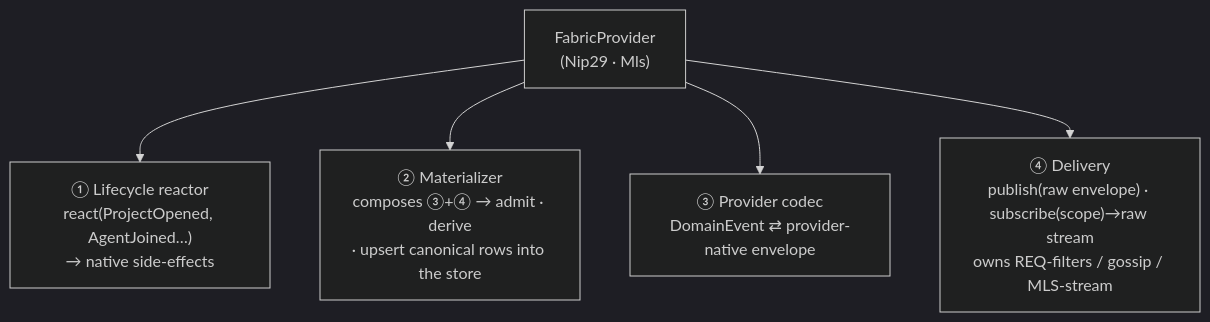
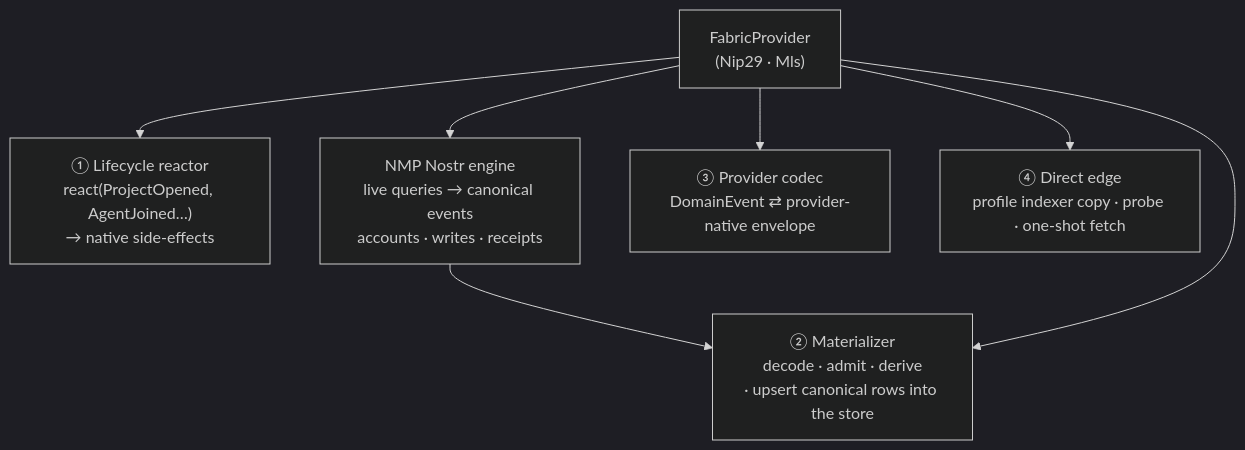
One commit to pablof7z/tenex-edge changed the fourth of 6 diagrams in docs/fabric-architecture.md. Above: the diagram before and after it, drawn with Mermaid (dark theme). The commit also changed other lines of this file and 388 other files, not shown here.

````diff
--- a/docs/fabric-architecture.md
+++ b/docs/fabric-architecture.md
@@ -277,8 +282,10 @@
 ```mermaid
 flowchart TD
     PROVIDER["FabricProvider<br/>(Nip29 · Mls)"]
     PROVIDER --> L["① Lifecycle reactor<br/>react(ProjectOpened, AgentJoined…)<br/>→ native side-effects"]
-    PROVIDER --> M["② Materializer<br/>composes ③+④ → admit · derive<br/>· upsert canonical rows into the store"]
+    NMP["NMP Nostr engine<br/>live queries → canonical events<br/>accounts · writes · receipts"] --> M
+    PROVIDER --> M["② Materializer<br/>decode · admit · derive<br/>· upsert canonical rows into the store"]
     PROVIDER --> W["③ Provider codec<br/>DomainEvent ⇄ provider-native envelope"]
-    PROVIDER --> D["④ Delivery<br/>publish(raw envelope) · subscribe(scope)→raw stream<br/>owns REQ-filters / gossip / MLS-stream"]
+    PROVIDER --> D["④ Direct edge<br/>profile indexer copy · probe · one-shot fetch"]
+    PROVIDER --> NMP
 ```
````
